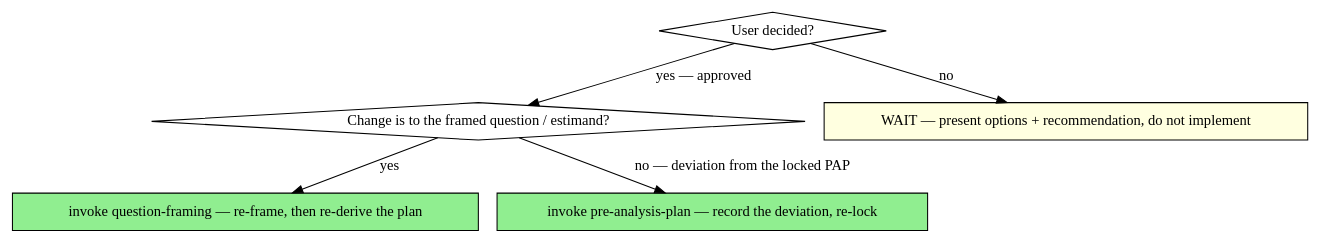
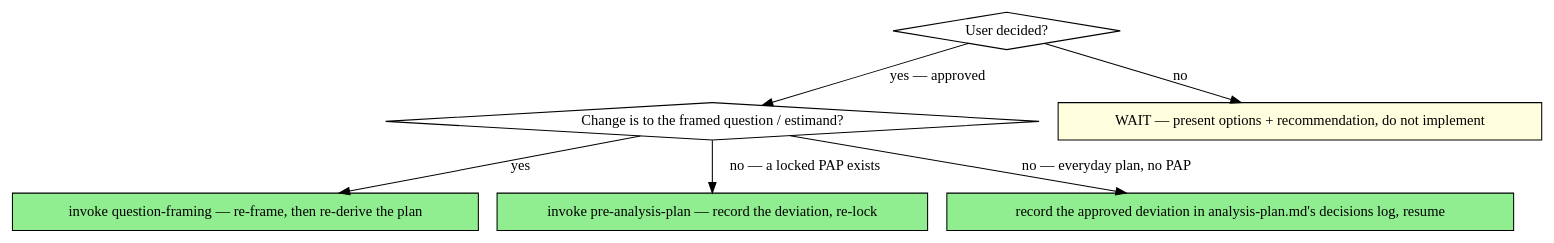
One commit to lancegui/causal-powers changed the diagram in skills/analysis-checkpoints/SKILL.md. Above: the diagram before and after it, drawn with Graphviz. The commit also changed other lines of this file and 1 other file, not shown here.

````diff
--- a/skills/analysis-checkpoints/SKILL.md
+++ b/skills/analysis-checkpoints/SKILL.md
@@ -83,13 +85,15 @@
 ```dot
 digraph analysis_checkpoints_next {
     "User decided?" [shape=diamond];
     "Change is to the framed question / estimand?" [shape=diamond];
     "invoke question-framing — re-frame, then re-derive the plan" [shape=box style=filled fillcolor=lightgreen];
     "invoke pre-analysis-plan — record the deviation, re-lock" [shape=box style=filled fillcolor=lightgreen];
     "WAIT — present options + recommendation, do not implement" [shape=box style=filled fillcolor=lightyellow];
     "User decided?" -> "WAIT — present options + recommendation, do not implement" [label="no"];
     "User decided?" -> "Change is to the framed question / estimand?" [label="yes — approved"];
     "Change is to the framed question / estimand?" -> "invoke question-framing — re-frame, then re-derive the plan" [label="yes"];
-    "Change is to the framed question / estimand?" -> "invoke pre-analysis-plan — record the deviation, re-lock" [label="no — deviation from the locked PAP"];
+    "record the approved deviation in analysis-plan.md's decisions log, resume" [shape=box style=filled fillcolor=lightgreen];
+    "Change is to the framed question / estimand?" -> "invoke pre-analysis-plan — record the deviation, re-lock" [label="no — a locked PAP exists"];
+    "Change is to the framed question / estimand?" -> "record the approved deviation in analysis-plan.md's decisions log, resume" [label="no — everyday plan, no PAP"];
 }
 ```
````
